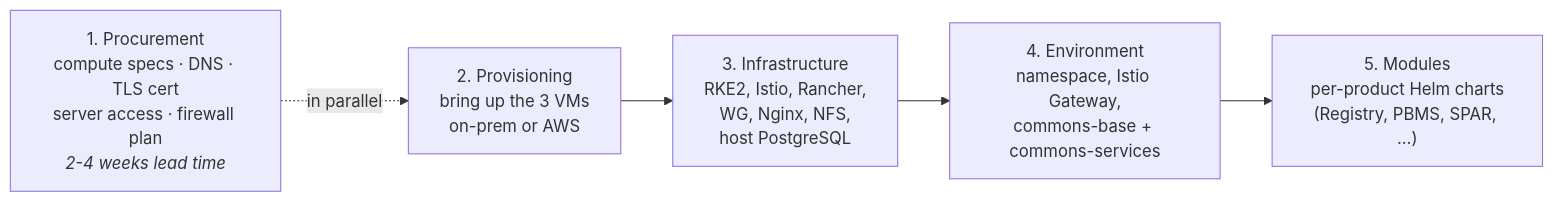
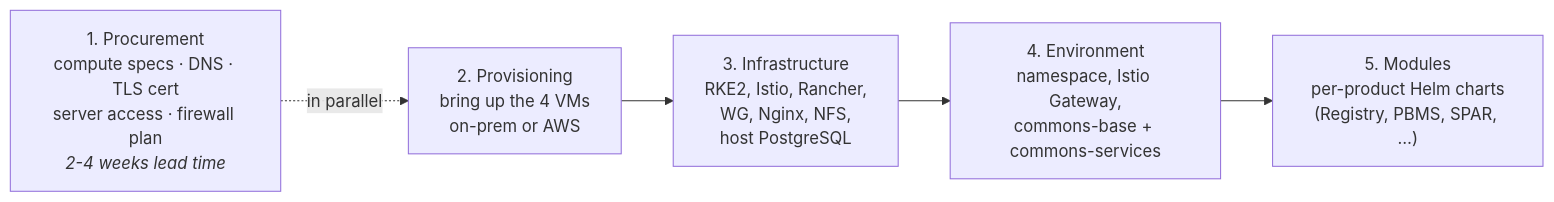
The diagram in operations/deployment/infrastructure-setup/README.md (OpenG2P/openg2p-documentation), drawn with Mermaid before and after one commit. The commit also changed other lines of this file and 34 other files, not shown here.

````diff
--- a/operations/deployment/infrastructure-setup/README.md
+++ b/operations/deployment/infrastructure-setup/README.md
@@ -22,11 +22,11 @@
 ```mermaid
 flowchart LR
     S1["1. Procurement<br/>compute specs · DNS · TLS cert<br/>server access · firewall plan<br/><i>2-4 weeks lead time</i>"]
-    S2["2. Provisioning<br/>bring up the 3 VMs<br/>on-prem or AWS"]
+    S2["2. Provisioning<br/>bring up the 4 VMs<br/>on-prem or AWS"]
     S3["3. Infrastructure<br/>RKE2, Istio, Rancher,<br/>WG, Nginx, NFS,<br/>host PostgreSQL"]
     S4["4. Environment<br/>namespace, Istio Gateway,<br/>commons-base + commons-services"]
     S5["5. Modules<br/>per-product Helm charts<br/>(Registry, PBMS, SPAR, …)"]
 
     S1 -. "in parallel" .-> S2
     S2 --> S3 --> S4 --> S5
 ```
````
